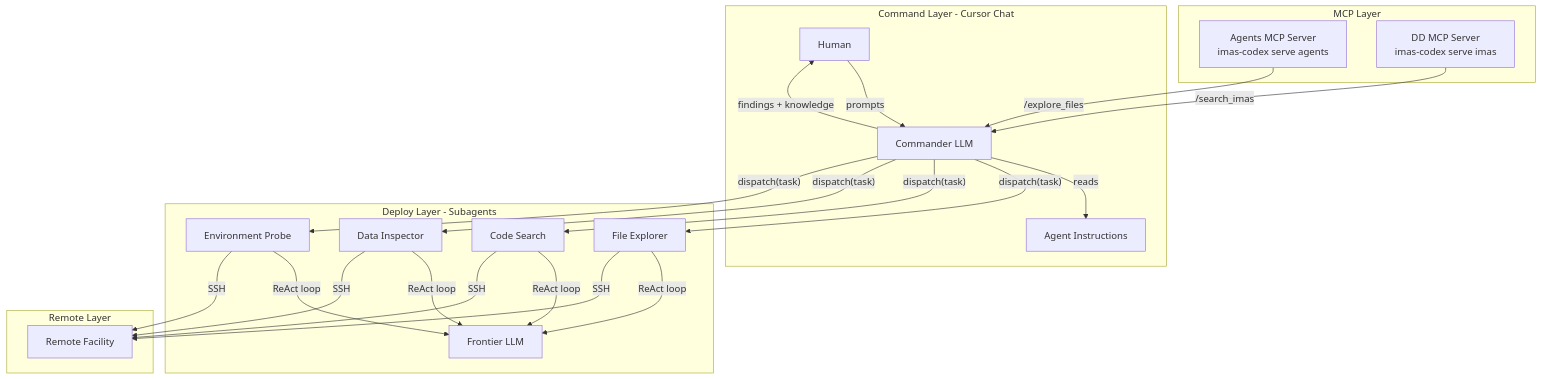
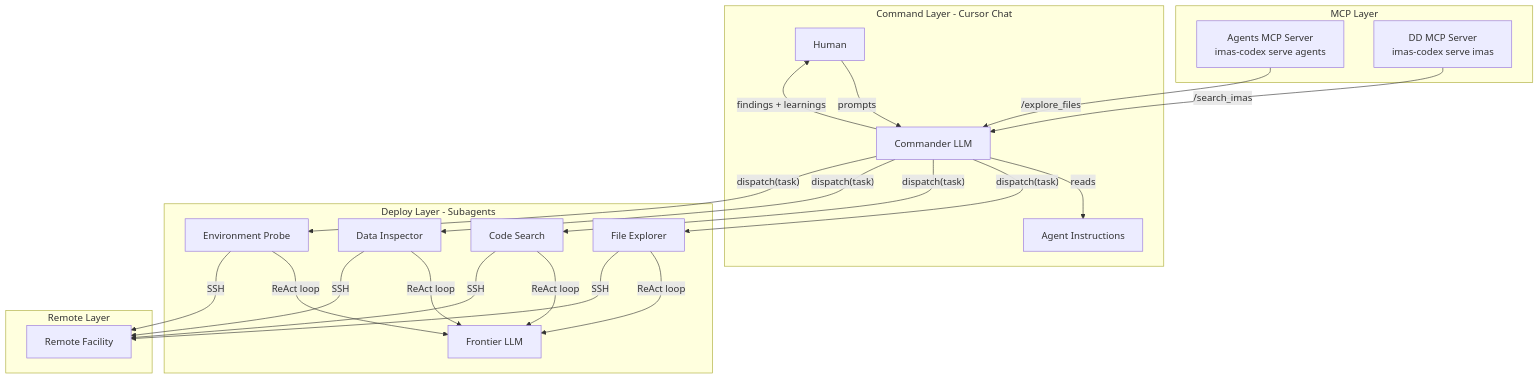
Before and after one commit to iterorganization/imas-mcp: the first of 2 diagrams in plans/CODEX_PLAN.md, drawn with Mermaid. The commit also changed other lines of this file and 3 other files, not shown here.

First line of the commit message:
refactor: rename knowledge to learnings in subagent results

````diff
--- a/plans/CODEX_PLAN.md
+++ b/plans/CODEX_PLAN.md
@@ -62,35 +62,35 @@
 ```mermaid
 flowchart TB
     subgraph command [Command Layer - Cursor Chat]
         Human[Human] -->|prompts| Commander[Commander LLM]
-        Commander -->|findings + knowledge| Human
+        Commander -->|findings + learnings| Human
         Commander -->|reads| Instructions[Agent Instructions]
     end
     
     subgraph mcp [MCP Layer]
         AgentsMCP["Agents MCP Server<br/>imas-codex serve agents"]
         DDMCP["DD MCP Server<br/>imas-codex serve imas"]
         
         AgentsMCP -->|"/explore_files"| Commander
         DDMCP -->|"/search_imas"| Commander
     end
     
     subgraph deploy [Deploy Layer - Subagents]
         Commander -->|"dispatch(task)"| FileAgent[File Explorer]
         Commander -->|"dispatch(task)"| CodeAgent[Code Search]
         Commander -->|"dispatch(task)"| DataAgent[Data Inspector]
         Commander -->|"dispatch(task)"| EnvAgent[Environment Probe]
         
         FileAgent -->|ReAct loop| FrontierLLM[Frontier LLM]
         CodeAgent -->|ReAct loop| FrontierLLM
         DataAgent -->|ReAct loop| FrontierLLM
         EnvAgent -->|ReAct loop| FrontierLLM
     end
     
     subgraph remote [Remote Layer]
         FileAgent -->|SSH| Facility[Remote Facility]
         CodeAgent -->|SSH| Facility
         DataAgent -->|SSH| Facility
         EnvAgent -->|SSH| Facility
     end
 ```
````
